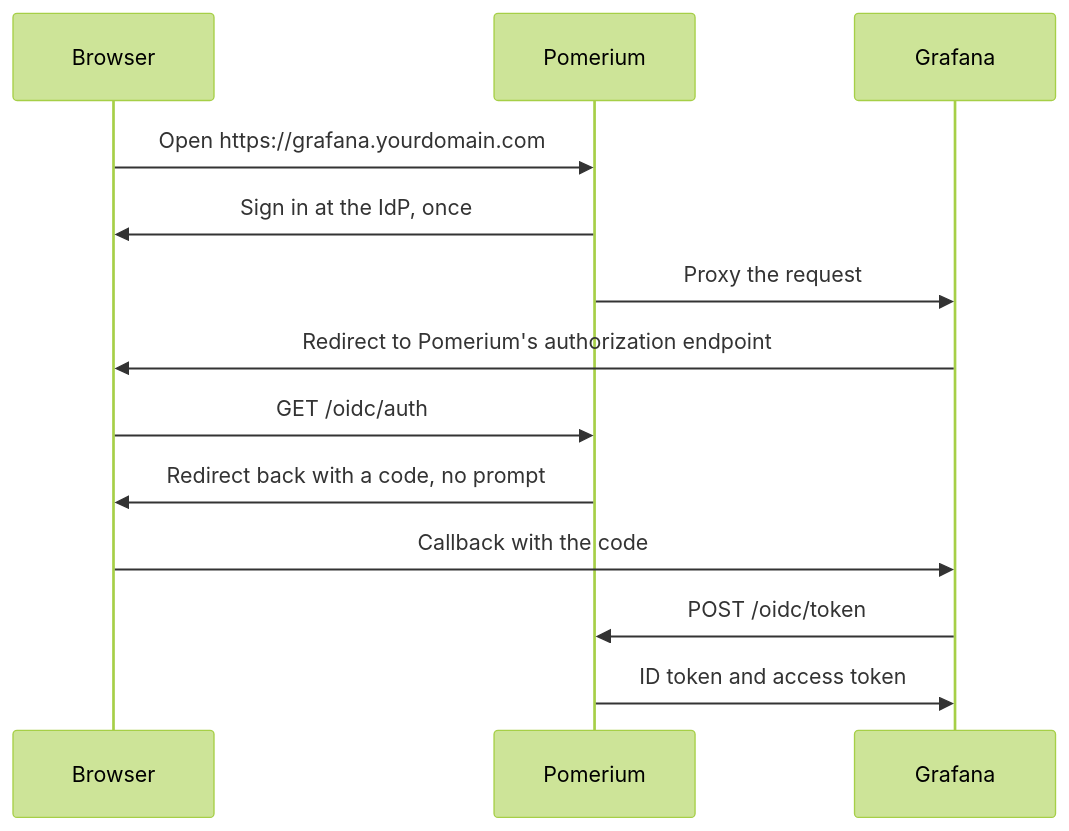
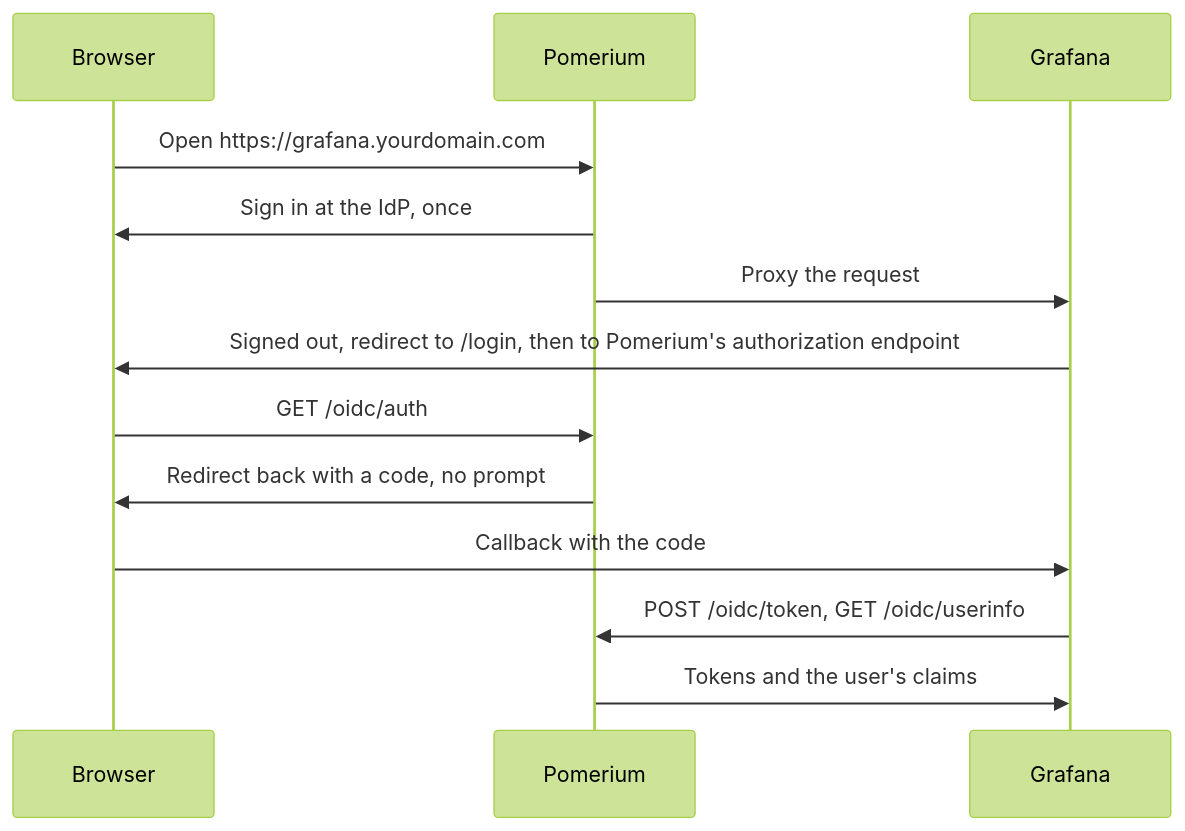
One commit to pomerium/documentation changed the first of 2 diagrams in content/docs/guides/grafana.mdx. Above: the diagram before and after it, drawn with Mermaid (forest theme). The commit also changed other lines of this file and 17 other files, not shown here.

````diff
--- a/content/docs/guides/grafana.mdx
+++ b/content/docs/guides/grafana.mdx
@@ -70,15 +78,15 @@
 ```mermaid
 sequenceDiagram
   participant B as Browser
   participant P as Pomerium
   participant G as Grafana
   B->>P: Open https://grafana.yourdomain.com
   P->>B: Sign in at the IdP, once
   P->>G: Proxy the request
-  G->>B: Redirect to Pomerium's authorization endpoint
+  G->>B: Signed out, redirect to /login, then to Pomerium's authorization endpoint
   B->>P: GET /oidc/auth
   P->>B: Redirect back with a code, no prompt
   B->>G: Callback with the code
-  G->>P: POST /oidc/token
-  P->>G: ID token and access token
+  G->>P: POST /oidc/token, GET /oidc/userinfo
+  P->>G: Tokens and the user's claims
 ```
````
